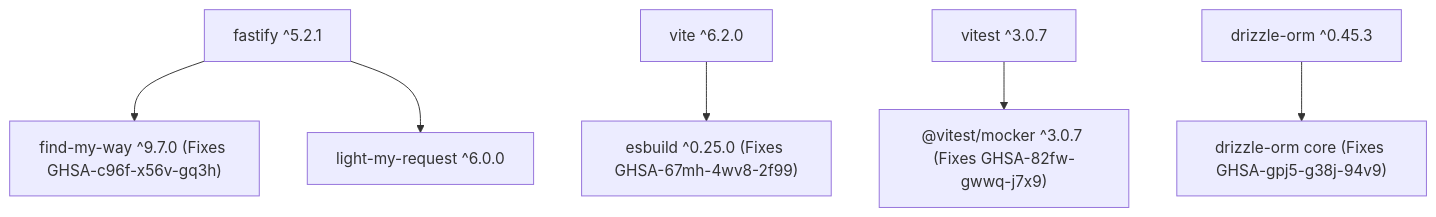
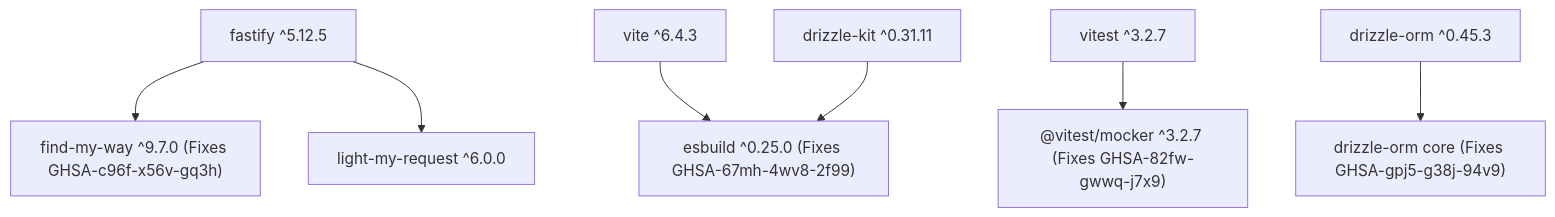
One commit to jar-ce/FinanceCommandCenter changed the diagram in docs/PHASE_21_DEPENDENCY_SECURITY_RUNTIME_MODERNIZATION_PLAN.md. Above: the diagram before and after it, drawn with Mermaid. The commit also changed other lines of this file, not shown here.

````diff
--- a/docs/PHASE_21_DEPENDENCY_SECURITY_RUNTIME_MODERNIZATION_PLAN.md
+++ b/docs/PHASE_21_DEPENDENCY_SECURITY_RUNTIME_MODERNIZATION_PLAN.md
@@ -167,8 +158,9 @@
 ```mermaid
 graph TD
-    Fastify5["fastify ^5.2.1"] --> FindMyWay["find-my-way ^9.7.0 (Fixes GHSA-c96f-x56v-gq3h)"]
+    Fastify5["fastify ^5.12.5"] --> FindMyWay["find-my-way ^9.7.0 (Fixes GHSA-c96f-x56v-gq3h)"]
     Fastify5 --> LightMyRequest["light-my-request ^6.0.0"]
-    Vite6["vite ^6.2.0"] --> Esbuild25["esbuild ^0.25.0 (Fixes GHSA-67mh-4wv8-2f99)"]
-    Vitest3["vitest ^3.0.7"] --> VitestMocker["@vitest/mocker ^3.0.7 (Fixes GHSA-82fw-gwwq-j7x9)"]
+    Vite6["vite ^6.4.3"] --> Esbuild25["esbuild ^0.25.0 (Fixes GHSA-67mh-4wv8-2f99)"]
+    DrizzleKit31["drizzle-kit ^0.31.11"] --> Esbuild25
+    Vitest3["vitest ^3.2.7"] --> VitestMocker["@vitest/mocker ^3.2.7 (Fixes GHSA-82fw-gwwq-j7x9)"]
     Drizzle045["drizzle-orm ^0.45.3"] --> DrizzleCore["drizzle-orm core (Fixes GHSA-gpj5-g38j-94v9)"]
 ```
````
